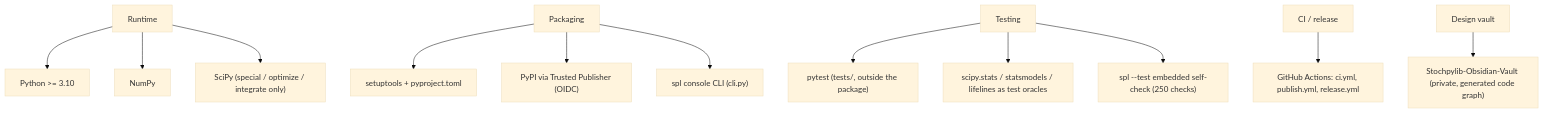
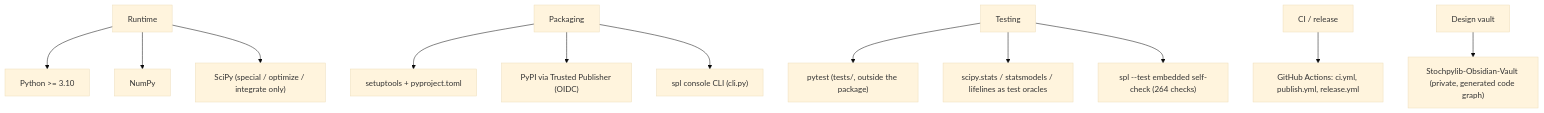
One commit to leon1706-lol/Stochpylib changed the second of 2 diagrams in README.md. Above: the diagram before and after it, drawn with Mermaid (base theme). The commit also changed other lines of this file and 45 other files, not shown here.

````diff
--- a/README.md
+++ b/README.md
@@ -333,14 +347,14 @@
 ```mermaid
 flowchart TB
     A["Runtime"] --> A1["Python >= 3.10"]
     A --> A2["NumPy"]
     A --> A3["SciPy (special / optimize / integrate only)"]
     B["Packaging"] --> B1["setuptools + pyproject.toml"]
     B --> B2["PyPI via Trusted Publisher (OIDC)"]
     B --> B3["spl console CLI (cli.py)"]
     C["Testing"] --> C1["pytest (tests/, outside the package)"]
     C --> C2["scipy.stats / statsmodels / lifelines as test oracles"]
-    C --> C3["spl --test embedded self-check (250 checks)"]
+    C --> C3["spl --test embedded self-check (264 checks)"]
     D["CI / release"] --> D1["GitHub Actions: ci.yml, publish.yml, release.yml"]
     E["Design vault"] --> E1["Stochpylib-Obsidian-Vault (private, generated code graph)"]
 ```
````
